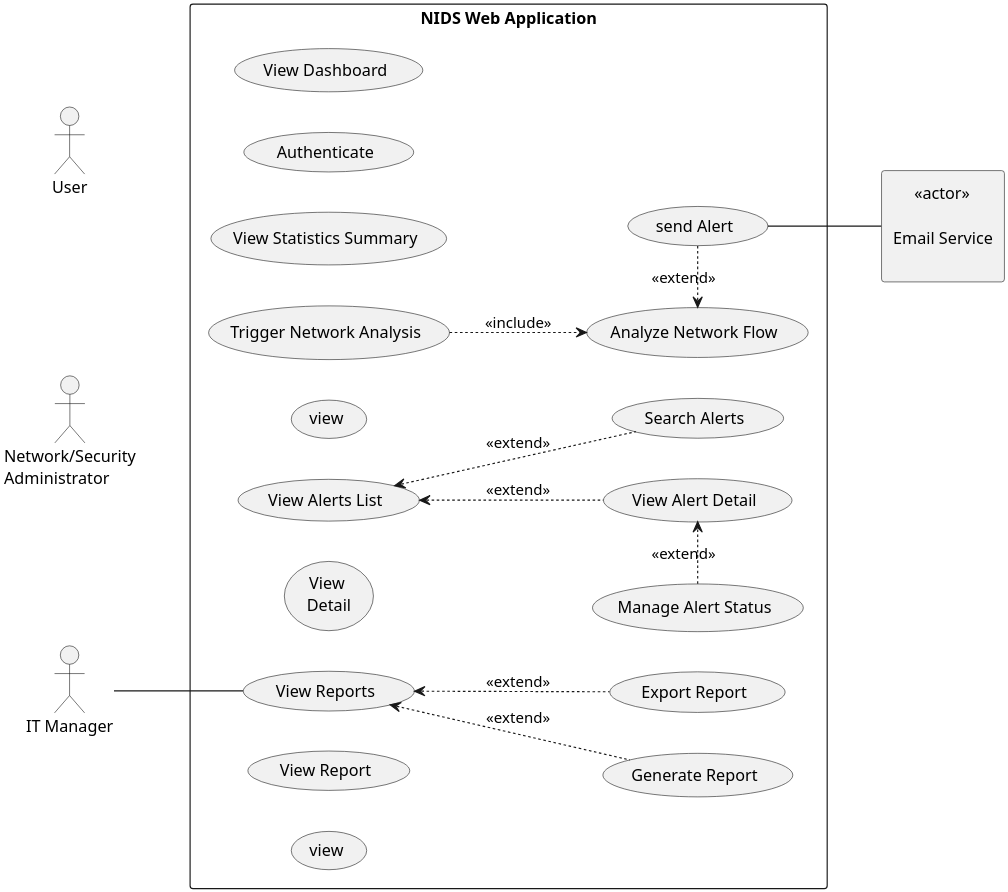
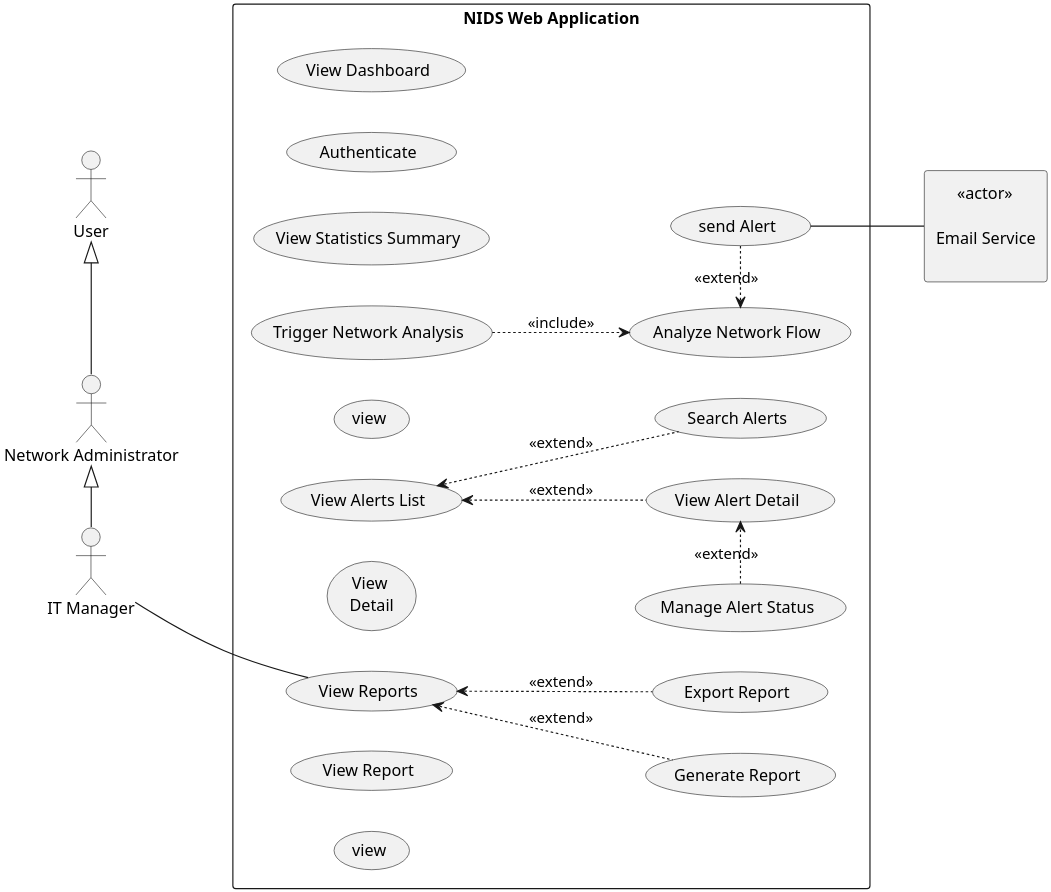
One commit to Amira-BOUAFIF/pfe-nids-report changed the diagram in diagrams/code/use-case.puml. Above: the diagram before and after it, drawn with PlantUML. The commit also changed 31 other files, not shown here.

```diff
--- a/diagrams/code/use-case.puml
+++ b/diagrams/code/use-case.puml
@@ -1,95 +1,97 @@
-@startuml use-Case
+@startuml use-case
 skinparam dpi 300
 left to right direction
 skinparam packageStyle rectangle
 
 
 ' ─── Left Actors ──────────────────────────────────────
 actor "User" as User
-actor "Network/Security\nAdministrator" as Admin
+actor "Network Administrator" as Admin
 actor "IT Manager"                       as ITMgr
 
 
 ' ─── System Boundary ──────────────────────────────────
 rectangle "NIDS Web Application" {
 
     usecase "Trigger Network Analysis" as UC_NET
     usecase "Analyze Network Flow" as UC_NET_FLOW
     usecase "send Alert" as UC_ALERT
 
     usecase "Authenticate" as UC_AUTH
 
 
     usecase "View Dashboard"          as UC_VIEW_DASH
     usecase "View Statistics Summary" as UC_VIEW_STATS
 
 
     usecase "View Alerts List"  as UC_ALERT_LIST
     usecase "View Alert Detail" as UC_ALERT_DETAIL
     usecase "Search Alerts" as UC_ALERT_SEARCH
     usecase  "Manage Alert Status" as UC_ALERT_STATUS
 
     usecase "View Reports"  as UC_VIEW_REPORTS
     usecase "Export Report" as UC_EXPORT_REPORT
     usecase "Generate Report" as UC_GEN_REPORT
     usecase "View Report" as UC_VIEW_REPORT
     usecase "View \nDetail" as UC_VIEW_REPORT_DETAIL
     usecase "view" as v
     usecase "view" as v2
 
 }
 
 ' ─── Right Actor ──────────────────────────────────────
 rectangle "     <<actor>>\n\nEmail Service\n" as DE
 
 UC_AUTH       -[hidden]left- UC_VIEW_DASH
 UC_VIEW_DASH  -[hidden]left- UC_VIEW_STATS
 UC_VIEW_STATS -[hidden]left- UC_NET
 
 
 UC_ALERT_LIST -[hidden]left- UC_VIEW_REPORT_DETAIL
 UC_ALERT_LIST -[hidden]right- v
 
 ' ─── Admin + IT Manager associations ───────────────────────────────
 User -[hidden]- UC_AUTH
 User -[hidden]- UC_VIEW_DASH
 User -[hidden]- UC_VIEW_STATS
 
 ' ─── Admin associations ───────────────────────────────
 Admin -[hidden]- UC_NET
 Admin -[hidden]- UC_ALERT_LIST
 
 
 
 ' ─── IT Manager associations ──────────────────────────
 ITMgr -- UC_VIEW_REPORTS
 
 
 
 
 ' ─── Email Service associations ───────────────────
 UC_ALERT -down- DE 
 
 
 UC_NET .down.> UC_NET_FLOW : <<include>>
 UC_ALERT .left.> UC_NET_FLOW : <<extend>>
 
 
 
 UC_ALERT_SEARCH .up.> UC_ALERT_LIST : <<extend>>
 UC_ALERT_DETAIL .up.> UC_ALERT_LIST : <<extend>>
 
 UC_NET -[hidden]down- UC_ALERT
 
 UC_ALERT_STATUS .right.> UC_ALERT_DETAIL : <<extend>>
 
 UC_EXPORT_REPORT .up.> UC_VIEW_REPORTS : <<extend>>
 UC_GEN_REPORT .up.> UC_VIEW_REPORTS : <<extend>>
 
 UC_EXPORT_REPORT .[hidden]left.> UC_GEN_REPORT 
 
 UC_VIEW_REPORTS -[hidden]right- UC_VIEW_REPORT_DETAIL
 
+ITMgr -left-|> Admin
 
+Admin -left-|> User
 
 @enduml
```
